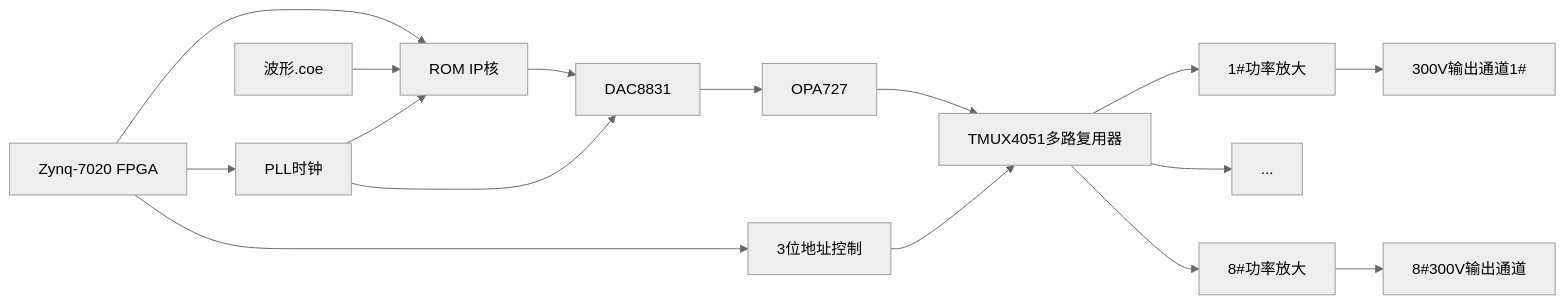
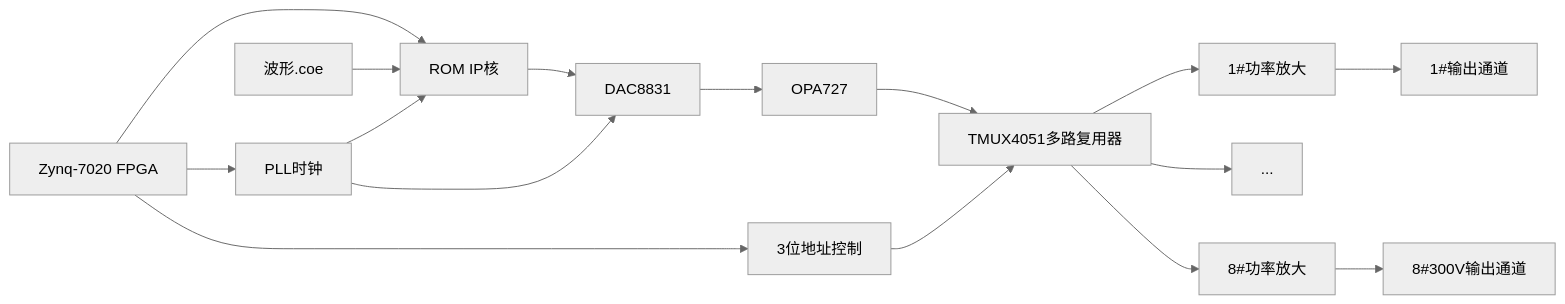
One commit to Rukawa15/iodraw-files changed the diagram in all/信号发生.md. Above: the diagram before and after it, drawn with Mermaid (neutral theme).

Commit message:
2025-06-19 14:24:08 update

````diff
--- a/all/信号发生.md
+++ b/all/信号发生.md
@@ -1,13 +1,13 @@
 ```mermaid
 graph LR
 A[Zynq-7020 FPGA] --> C[ROM IP核]
 L[波形.coe] --> C 
 A --> B[PLL时钟] --> C
 C --> D[DAC8831] 
 B --> D[DAC8831] 
 D --> E[OPA727] --> F[TMUX4051多路复用器]
-F --> H1[1#功率放大] --> I1[300V输出通道1#]
+F --> H1[1#功率放大] --> I1[1#输出通道]
 F --> ...
 F --> H8[8#功率放大] --> I8[8#300V输出通道]
 A --> G[3位地址控制] --> F
 ```
````
